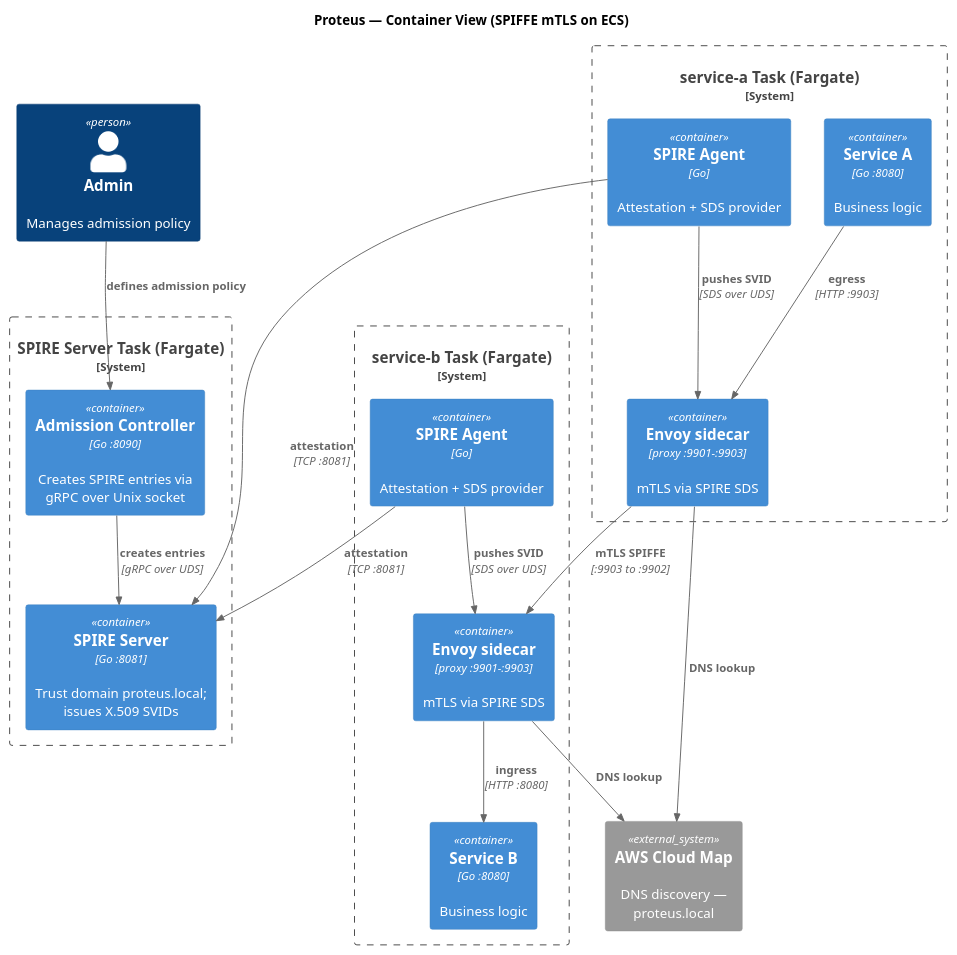
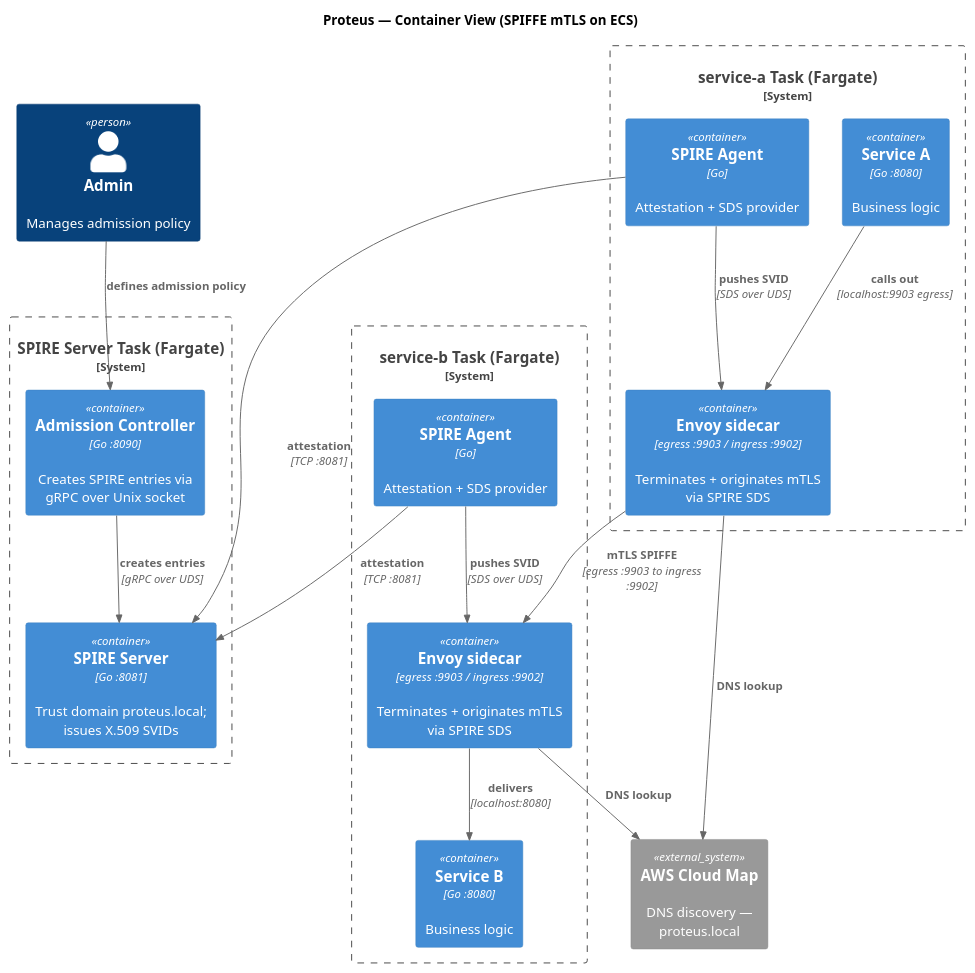
One commit to kiquetal/kiquetal.github.io changed the diagram in public/blog/2026-08-31-spiffe-on-ecs-with-envoy/proteus-c4-container.puml. Above: the diagram before and after it, drawn with PlantUML. The commit also changed 2 other files, not shown here.

Commit message:
Add Proteus container view and refine mTLS sequence details in diagrams for SPIFFE on ECS

```diff
--- a/public/blog/2026-08-31-spiffe-on-ecs-with-envoy/proteus-c4-container.puml
+++ b/public/blog/2026-08-31-spiffe-on-ecs-with-envoy/proteus-c4-container.puml
@@ -1,41 +1,41 @@
 @startuml
 !include <C4/C4_Container>
 title Proteus — Container View (SPIFFE mTLS on ECS)
 
 Person(admin, "Admin", "Manages admission policy")
 System_Ext(cloudmap, "AWS Cloud Map", "DNS discovery — proteus.local")
 
 System_Boundary(spire_task, "SPIRE Server Task (Fargate)") {
     Container(spire_server, "SPIRE Server", "Go :8081", "Trust domain proteus.local; issues X.509 SVIDs")
     Container(admission, "Admission Controller", "Go :8090", "Creates SPIRE entries via gRPC over Unix socket")
 }
 
 System_Boundary(svc_a, "service-a Task (Fargate)") {
     Container(agent_a, "SPIRE Agent", "Go", "Attestation + SDS provider")
-    Container(envoy_a, "Envoy sidecar", "proxy :9901-:9903", "mTLS via SPIRE SDS")
+    Container(envoy_a, "Envoy sidecar", "egress :9903 / ingress :9902", "Terminates + originates mTLS via SPIRE SDS")
     Container(app_a, "Service A", "Go :8080", "Business logic")
 }
 
 System_Boundary(svc_b, "service-b Task (Fargate)") {
     Container(agent_b, "SPIRE Agent", "Go", "Attestation + SDS provider")
-    Container(envoy_b, "Envoy sidecar", "proxy :9901-:9903", "mTLS via SPIRE SDS")
+    Container(envoy_b, "Envoy sidecar", "egress :9903 / ingress :9902", "Terminates + originates mTLS via SPIRE SDS")
     Container(app_b, "Service B", "Go :8080", "Business logic")
 }
 
 Rel(admin, admission, "defines admission policy")
 Rel(admission, spire_server, "creates entries", "gRPC over UDS")
 
 Rel(agent_a, spire_server, "attestation", "TCP :8081")
 Rel(agent_b, spire_server, "attestation", "TCP :8081")
 
 Rel(agent_a, envoy_a, "pushes SVID", "SDS over UDS")
 Rel(agent_b, envoy_b, "pushes SVID", "SDS over UDS")
 
-Rel(app_a, envoy_a, "egress", "HTTP :9903")
-Rel(envoy_b, app_b, "ingress", "HTTP :8080")
+Rel(app_a, envoy_a, "calls out", "localhost:9903 egress")
+Rel(envoy_b, app_b, "delivers", "localhost:8080")
 
-Rel(envoy_a, envoy_b, "mTLS SPIFFE", ":9903 to :9902")
+Rel(envoy_a, envoy_b, "mTLS SPIFFE", "egress :9903 to ingress :9902")
 
 Rel(envoy_a, cloudmap, "DNS lookup")
 Rel(envoy_b, cloudmap, "DNS lookup")
 @enduml
```
